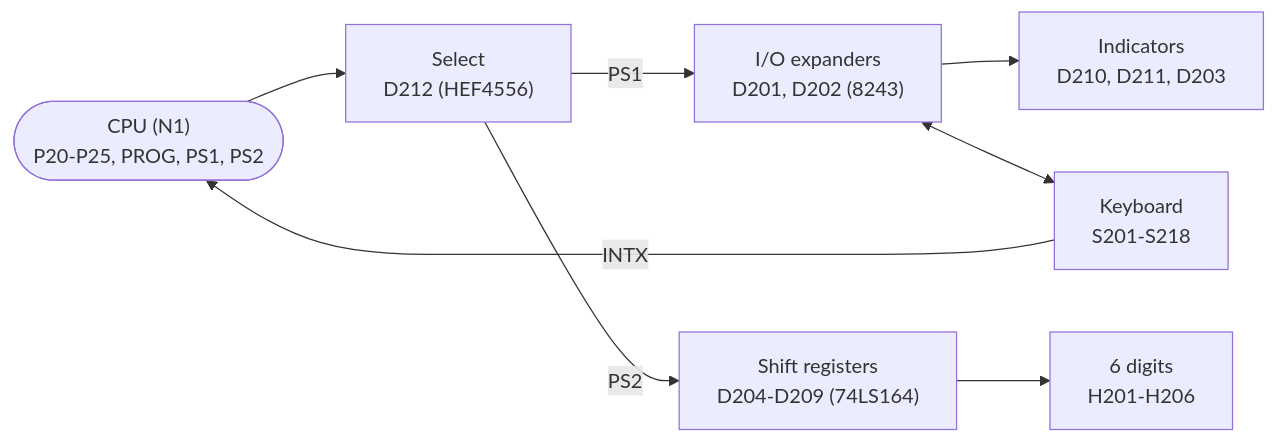
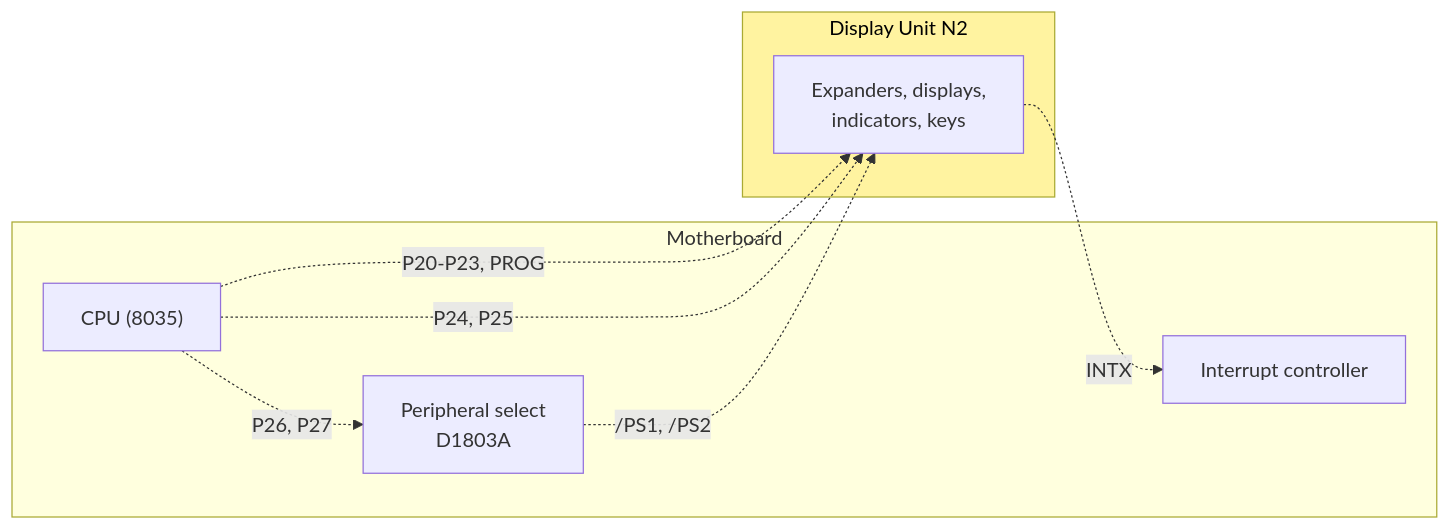
One commit to deqit/PhilipsPM2528 changed the diagram in Deepdive/N2/README.md. Above: the diagram before and after it, drawn with Mermaid. The commit also changed other lines of this file and 91 other files, not shown here.

````diff
--- a/Deepdive/N2/README.md
+++ b/Deepdive/N2/README.md
@@ -12,10 +15,17 @@
 ```mermaid
 flowchart LR
-    CPU(["CPU (N1)<br/>P20-P25, PROG, PS1, PS2"]) --> SEL["Select<br/>D212 (HEF4556)"]
-    SEL -- "PS1" --> EXP["I/O expanders<br/>D201, D202 (8243)"]
-    SEL -- "PS2" --> SR["Shift registers<br/>D204-D209 (74LS164)"]
-    SR --> DIG["6 digits<br/>H201-H206"]
-    EXP --> IND["Indicators<br/>D210, D211, D203"]
-    EXP <--> KEY["Keyboard<br/>S201-S218"]
-    KEY -- "INTX" --> CPU
+    subgraph N1["Motherboard"]
+        CPU["CPU (8035)"]
+        PS["Peripheral select<br/>D1803A"]
+        INT["Interrupt controller"]
+    end
+    subgraph N2["Display Unit N2"]
+        DU["Expanders, displays,<br/>indicators, keys"]
+    end
+    CPU -. "P20-P23, PROG" .-> DU
+    CPU -. "P24, P25" .-> DU
+    CPU -. "P26, P27" .-> PS
+    PS -. "/PS1, /PS2" .-> DU
+    DU -. "INTX" .-> INT
+    style N2 fill:#fff3a0,color:#000
 ```
````
